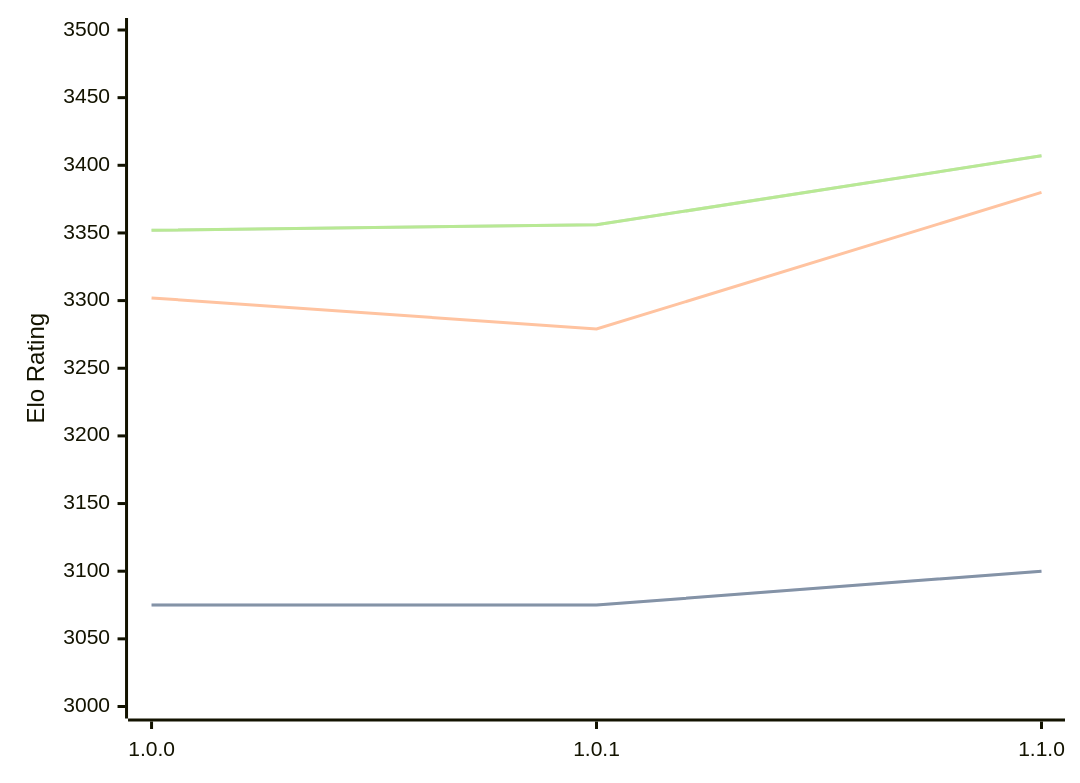
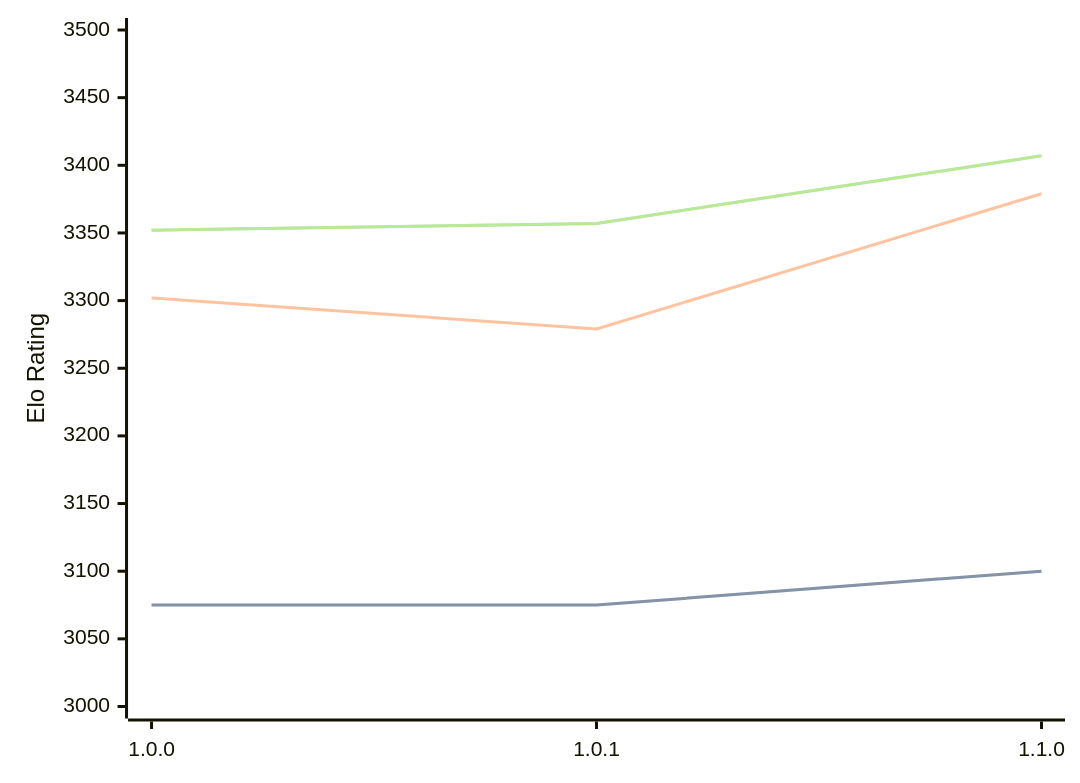
Before and after one commit to computer-chess-index/cci: the diagram in engines/Ursus.md, drawn with Mermaid. The commit also changed other lines of this file, not shown here.

Commit message:
Update CCI Ratings (ELO VLTC) - 2026-09-26

````diff
--- a/engines/Ursus.md
+++ b/engines/Ursus.md
@@ -33,11 +33,11 @@
 ```mermaid
 %%{init: {"theme":"base","themeVariables":{"seriesColors:['#a3a3a3','#222221','#faa371']}}}%%
 xychart-beta
   x-axis ["1.0.0", "1.0.1", "1.1.0"]
   y-axis "Elo Rating" 3000 --> 3500
   line "" [3075, 3075, 3100]
   line "STC (8.0+0.08s)" [3075, 3075, 3100]
-  line "LTC (60.0+0.60s)" [3302, 3279, 3380]
-  line "" [3352, 3356, 3407]
-  line "VLTC (2m24s+1.12s)" [3352, 3356, 3407]
+  line "LTC (60.0+0.60s)" [3302, 3279, 3379]
+  line "" [3352, 3357, 3407]
+  line "VLTC (2m24s+1.12s)" [3352, 3357, 3407]
 ```
````
